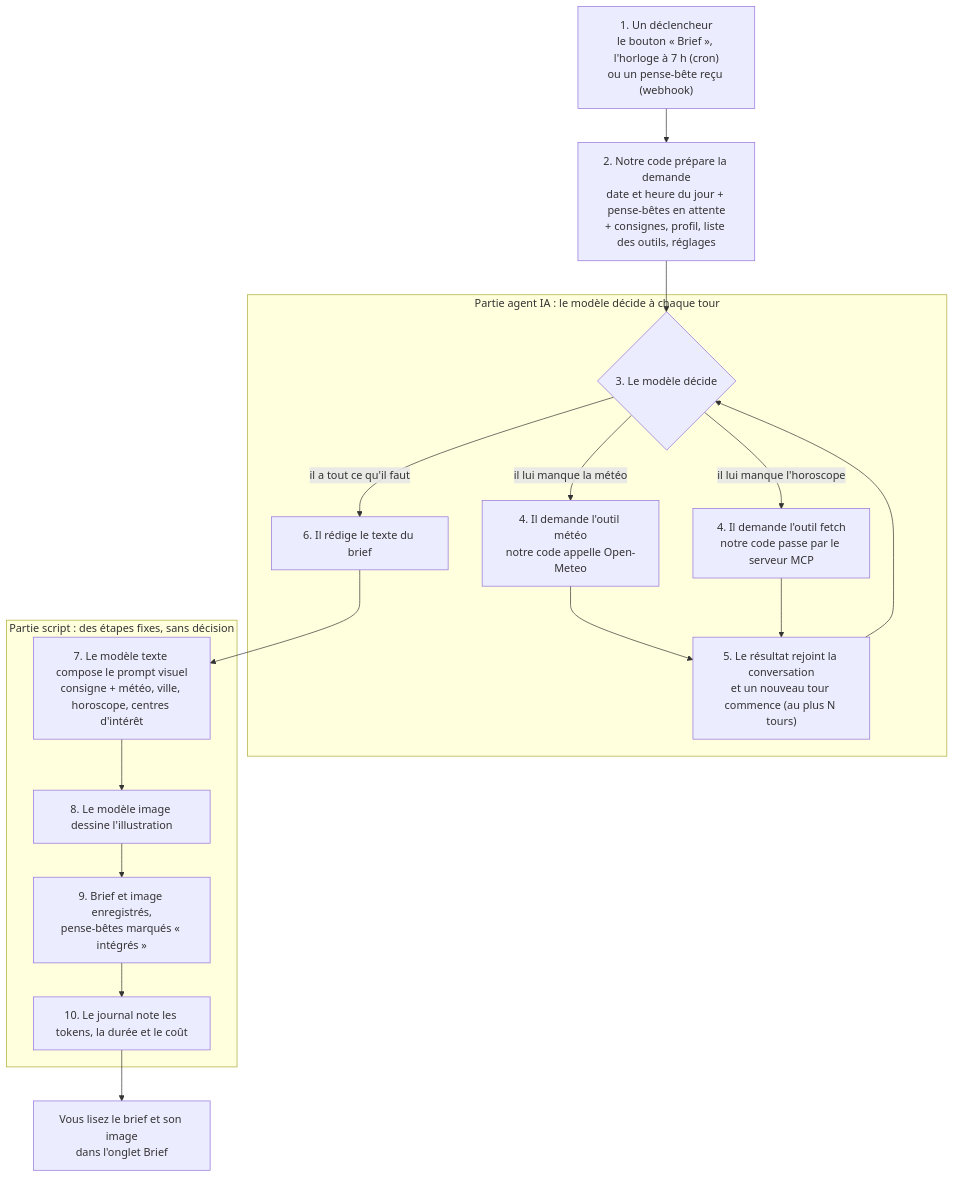
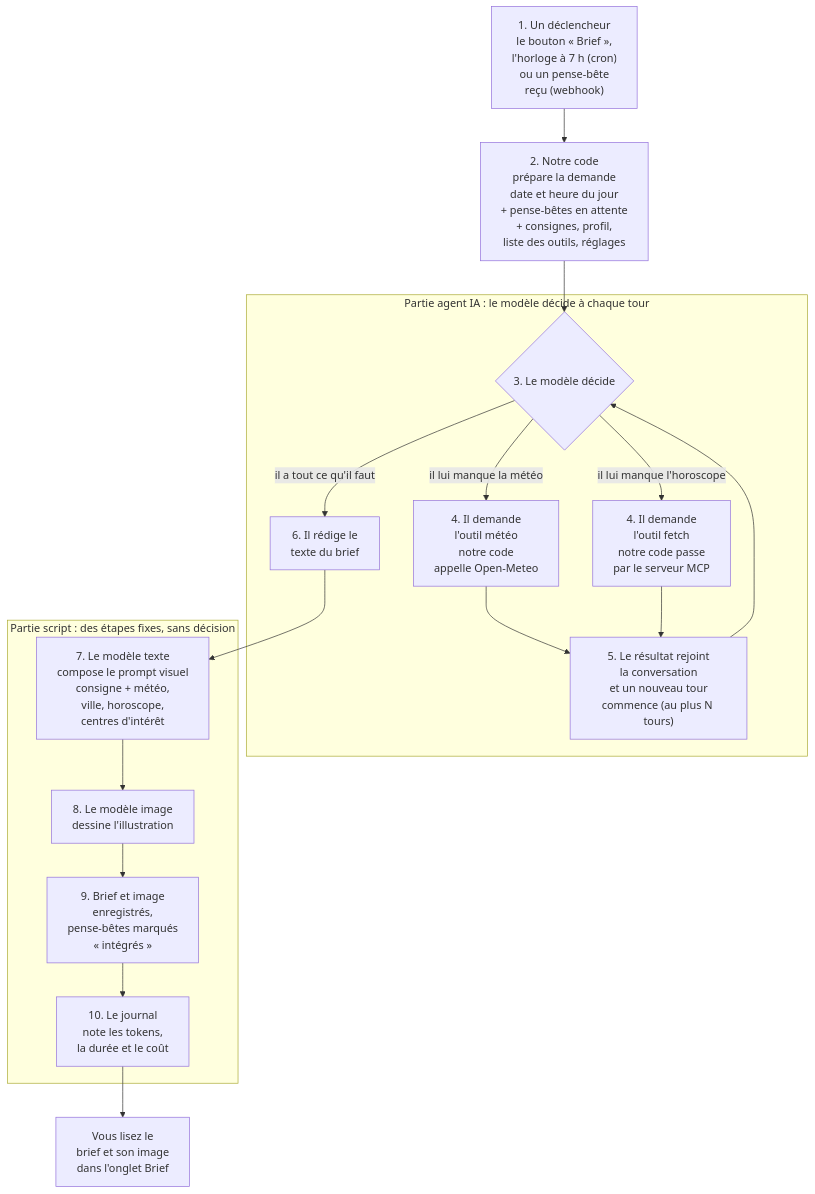
One commit to lecinquiemejour-code/goodvibe-tuto changed the second of 4 diagrams in README.md. Above: the diagram before and after it, drawn with Mermaid. The commit also changed other lines of this file and 1 other file, not shown here.

Commit message:
fix(tuto, readme): lignes des boîtes redécoupées dans tous les diagrammes, pour ne plus être coupées sur GitHub
Sur GitHub, dans une boîte de diagramme, une ligne de plus d'une trentaine de caractères
est coupée au bord. Toutes les lignes de boîtes et de flèches des diagrammes de type
flowchart tiennent maintenant en 26 caractères au plus, coupées entre deux mots, en
lignes équilibrées, les guillemets et la ponctuation restant collés à leur mot. Aucun
mot ne change. Les titres de zones, les diagrammes de séquence, d'états et de tables ne
sont pas concernés. README : 15 lignes de diagramme, tuto : 46. Signalé par Jean-Noël.

````diff
--- a/README.md
+++ b/README.md
@@ -65,22 +65,22 @@
 ```mermaid
 flowchart TD
-    D["1. Un déclencheur<br/>le bouton « Brief », l'horloge à 7 h (cron)<br/>ou un pense-bête reçu (webhook)"] --> P
-    P["2. Notre code prépare la demande<br/>date et heure du jour + pense-bêtes en attente<br/>+ consignes, profil, liste des outils, réglages"] --> M
+    D["1. Un déclencheur<br/>le bouton « Brief »,<br/>l'horloge à 7 h (cron)<br/>ou un pense-bête<br/>reçu (webhook)"] --> P
+    P["2. Notre code<br/>prépare la demande<br/>date et heure du jour<br/>+ pense-bêtes en attente<br/>+ consignes, profil,<br/>liste des outils, réglages"] --> M
     subgraph A["Partie agent IA : le modèle décide à chaque tour"]
         M{"3. Le modèle décide"}
-        M -- "il lui manque la météo" --> O1["4. Il demande l'outil météo<br/>notre code appelle Open-Meteo"]
-        M -- "il lui manque l'horoscope" --> O2["4. Il demande l'outil fetch<br/>notre code passe par le serveur MCP"]
-        O1 --> R["5. Le résultat rejoint la conversation<br/>et un nouveau tour commence (au plus N tours)"]
+        M -- "il lui manque la météo" --> O1["4. Il demande<br/>l'outil météo<br/>notre code<br/>appelle Open-Meteo"]
+        M -- "il lui manque l'horoscope" --> O2["4. Il demande<br/>l'outil fetch<br/>notre code passe<br/>par le serveur MCP"]
+        O1 --> R["5. Le résultat rejoint<br/>la conversation<br/>et un nouveau tour<br/>commence (au plus N tours)"]
         O2 --> R
         R --> M
-        M -- "il a tout ce qu'il faut" --> T["6. Il rédige le texte du brief"]
+        M -- "il a tout ce qu'il faut" --> T["6. Il rédige le<br/>texte du brief"]
     end
     T --> I1
     subgraph S["Partie script : des étapes fixes, sans décision"]
-        I1["7. Le modèle texte compose le prompt visuel<br/>consigne + météo, ville, horoscope, centres d'intérêt"]
-        I1 --> I2["8. Le modèle image dessine l'illustration"]
-        I2 --> E["9. Brief et image enregistrés,<br/>pense-bêtes marqués « intégrés »"]
-        E --> J["10. Le journal note les tokens, la durée et le coût"]
+        I1["7. Le modèle texte<br/>compose le prompt visuel<br/>consigne + météo,<br/>ville, horoscope,<br/>centres d'intérêt"]
+        I1 --> I2["8. Le modèle image<br/>dessine l'illustration"]
+        I2 --> E["9. Brief et image<br/>enregistrés,<br/>pense-bêtes marqués<br/>« intégrés »"]
+        E --> J["10. Le journal<br/>note les tokens,<br/>la durée et le coût"]
     end
-    J --> V["Vous lisez le brief et son image<br/>dans l'onglet Brief"]
+    J --> V["Vous lisez le<br/>brief et son image<br/>dans l'onglet Brief"]
 ```
````
